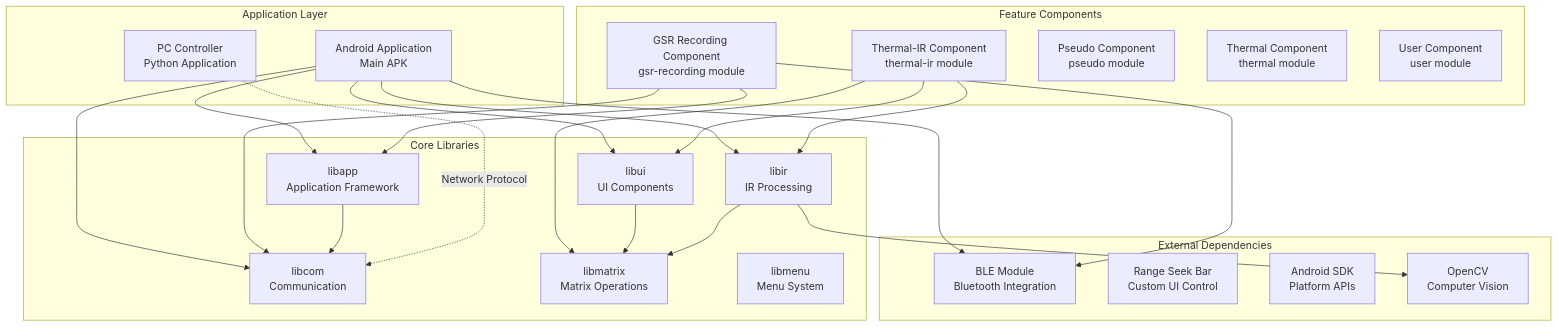
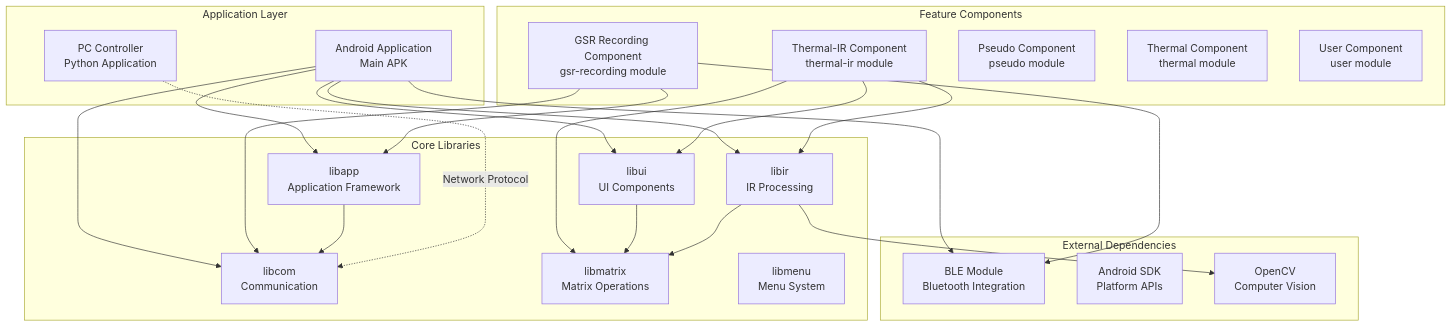
One commit to uclgsr/IRCamera changed the seventh of 11 diagrams in docs/ARCHITECTURE.md. Above: the diagram before and after it, drawn with Mermaid. The commit also changed other lines of this file and 30 other files, not shown here.

Commit message:
Remove redundant RangeSeekBar standalone module

````diff
--- a/docs/ARCHITECTURE.md
+++ b/docs/ARCHITECTURE.md
@@ -428,52 +428,51 @@
 ```mermaid
 graph TB
     subgraph "Application Layer"
         App[Android Application<br/>Main APK]
         PCController[PC Controller<br/>Python Application]
     end
     
     subgraph "Feature Components"
         ThermalIR[Thermal-IR Component<br/>thermal-ir module]
         GSRRecording[GSR Recording Component<br/>gsr-recording module]
         PseudoComponent[Pseudo Component<br/>pseudo module]
         ThermalComponent[Thermal Component<br/>thermal module]
         UserComponent[User Component<br/>user module]
     end
     
     subgraph "Core Libraries"
         LibApp[libapp<br/>Application Framework]
         LibCom[libcom<br/>Communication]
         LibIR[libir<br/>IR Processing]
         LibUI[libui<br/>UI Components]
         LibMatrix[libmatrix<br/>Matrix Operations]
         LibMenu[libmenu<br/>Menu System]
     end
     
     subgraph "External Dependencies"
         BleModule[BLE Module<br/>Bluetooth Integration]
-        RangeSeekBar[Range Seek Bar<br/>Custom UI Control]
         AndroidSDK[Android SDK<br/>Platform APIs]
         OpenCV[OpenCV<br/>Computer Vision]
     end
     
     App --> LibApp
     App --> LibUI
     App --> LibCom
     App --> LibIR
     App --> BleModule
     
     ThermalIR --> LibIR
     ThermalIR --> LibMatrix
     ThermalIR --> LibUI
     
     GSRRecording --> LibCom
     GSRRecording --> BleModule
     GSRRecording --> LibApp
     
     LibApp --> LibCom
     LibUI --> LibMatrix
     LibIR --> LibMatrix
     LibIR --> OpenCV
     
     PCController -.->|Network Protocol| LibCom
 ```
````
